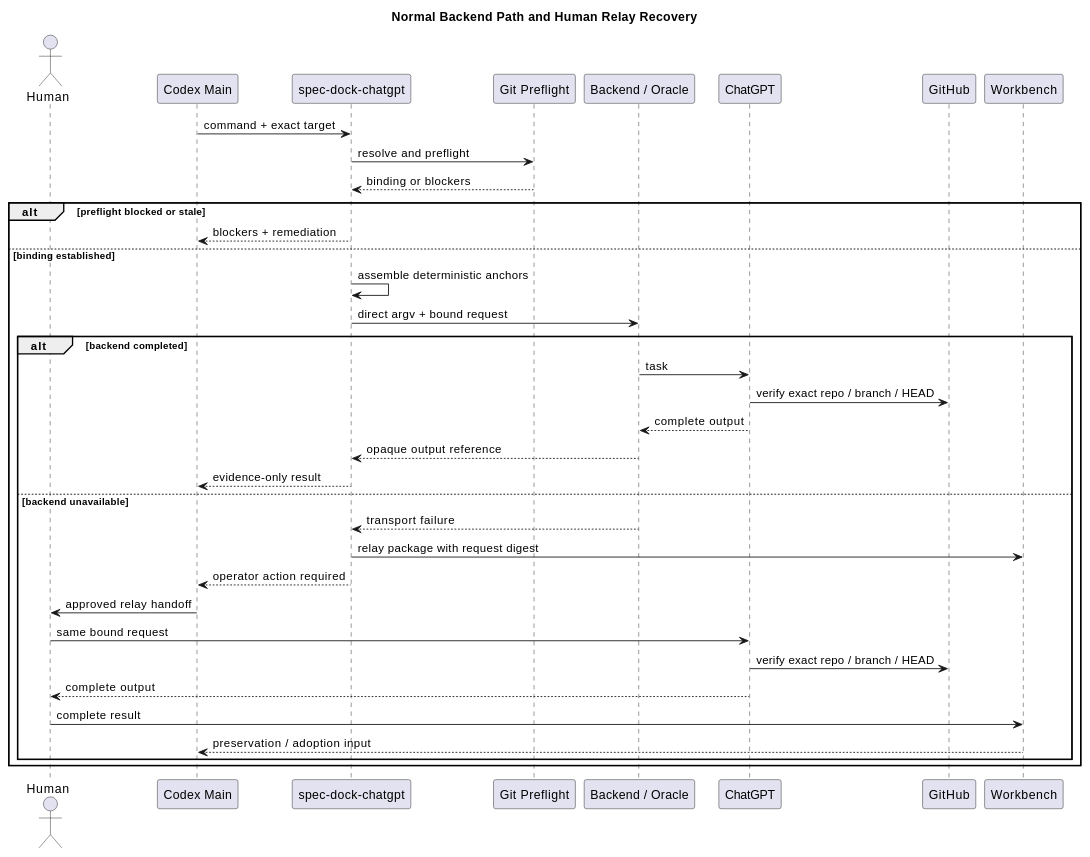
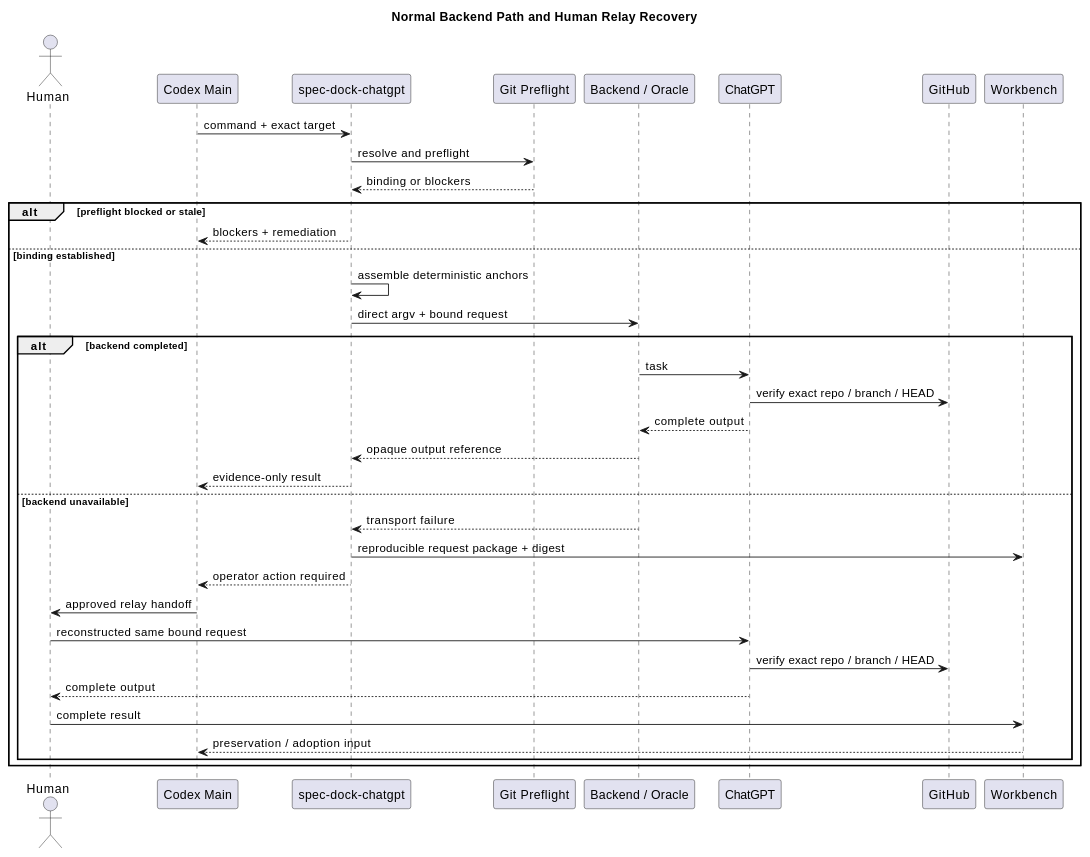
Before and after one commit to chemitaro/spec-dock: the third of 4 diagrams in spec-dock/initiatives/init-00322-gpt-5-6-chatgpt-first-intelligence-architecture/epics/epic-00324-delegation-foundation-asset-inventory-and-thin-chatgpt-adapter/design.md, drawn with PlantUML. The commit also changed other lines of this file and 4 other files, not shown here.

````diff
--- a/spec-dock/initiatives/init-00322-gpt-5-6-chatgpt-first-intelligence-architecture/epics/epic-00324-delegation-foundation-asset-inventory-and-thin-chatgpt-adapter/design.md
+++ b/spec-dock/initiatives/init-00322-gpt-5-6-chatgpt-first-intelligence-architecture/epics/epic-00324-delegation-foundation-asset-inventory-and-thin-chatgpt-adapter/design.md
@@ -711,43 +722,43 @@
 ```plantuml
 @startuml
 title Normal Backend Path and Human Relay Recovery
 skinparam shadowing false
 
 actor Human
 participant "Codex Main" as Main
 participant "spec-dock-chatgpt" as Adapter
 participant "Git Preflight" as Git
 participant "Backend / Oracle" as Backend
 participant "ChatGPT" as GPT
 participant "GitHub" as GH
 participant "Workbench" as WB
 
 Main -> Adapter : command + exact target
 Adapter -> Git : resolve and preflight
 Git --> Adapter : binding or blockers
 
 alt preflight blocked or stale
   Adapter --> Main : blockers + remediation
 else binding established
   Adapter -> Adapter : assemble deterministic anchors
   Adapter -> Backend : direct argv + bound request
   alt backend completed
     Backend -> GPT : task
     GPT -> GH : verify exact repo / branch / HEAD
     GPT --> Backend : complete output
     Backend --> Adapter : opaque output reference
     Adapter --> Main : evidence-only result
   else backend unavailable
     Backend --> Adapter : transport failure
-    Adapter -> WB : relay package with request digest
+    Adapter -> WB : reproducible request package + digest
     Adapter --> Main : operator action required
     Main -> Human : approved relay handoff
-    Human -> GPT : same bound request
+    Human -> GPT : reconstructed same bound request
     GPT -> GH : verify exact repo / branch / HEAD
     GPT --> Human : complete output
     Human -> WB : complete result
     WB --> Main : preservation / adoption input
   end
 end
 @enduml
 ```
````
